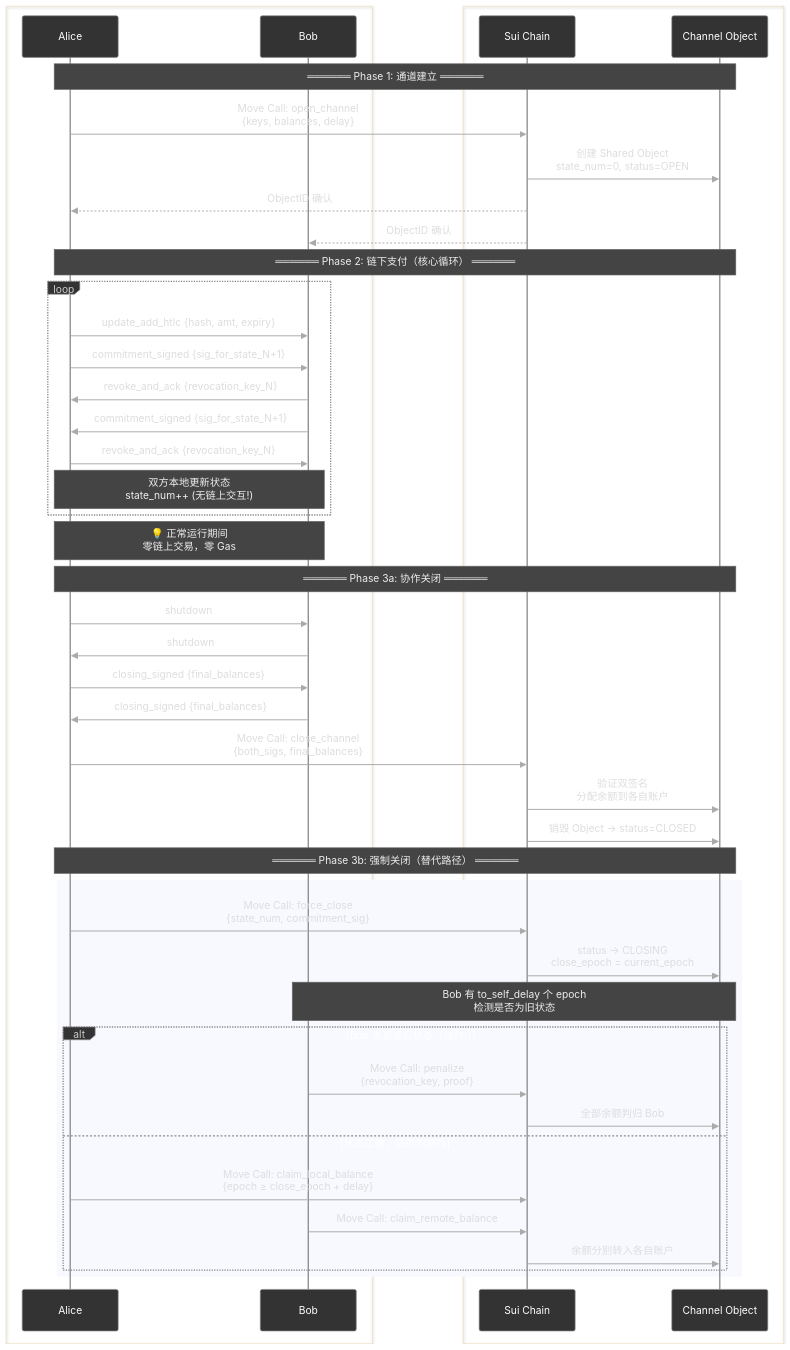
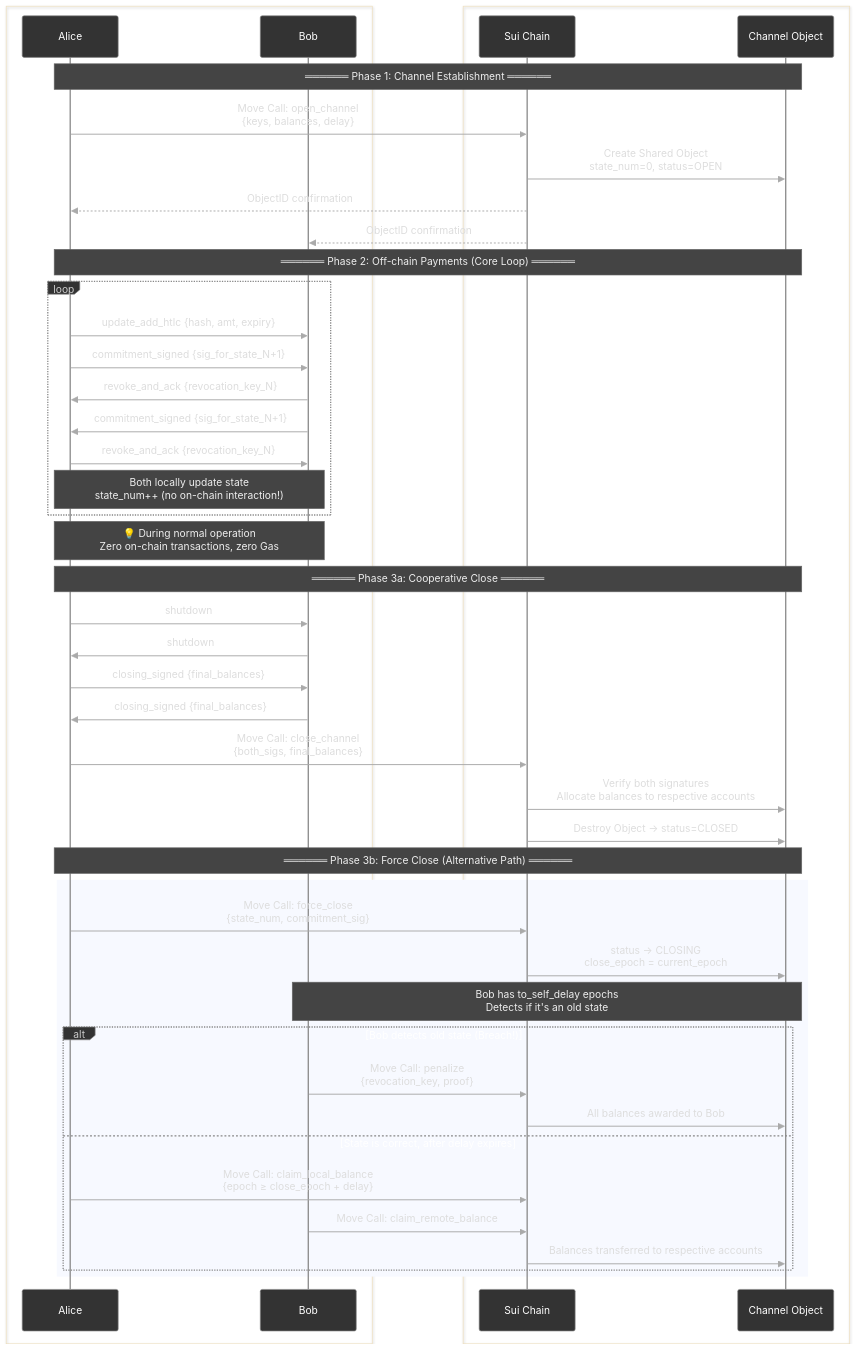
The ninth of 9 diagrams in 1-refactor-docs/sui/lnd-and-sui-integration.md (loka-network/loka-p2p-lnd), drawn with Mermaid before and after one commit. The commit also changed other lines of this file and 12 other files, not shown here.

````diff
--- a/1-refactor-docs/sui/lnd-and-sui-integration.md
+++ b/1-refactor-docs/sui/lnd-and-sui-integration.md
@@ -489,78 +489,78 @@
 ```mermaid
 %%{init: {
   'theme': 'base',
   'themeVariables': {
     'actorBorder': '#888888',
     'actorBkg': '#333333',
     'actorTextColor': '#ffffff',
     'noteBkgColor': '#444444',
     'noteBorderColor': '#666666',
     'noteTextColor': '#eeeeee',
     'signalColor': '#aaaaaa',
     'signalTextColor': '#dddddd',
     'labelTextColor': '#cccccc',
     'loopTextColor': '#ffffff',
     'activationBkgColor': '#3a3a3a',
     'fillType0': '#2a2a2a'
   }
 }}%%
 
 sequenceDiagram
-    box #2a2a2a 链下（Lightning Protocol）
+    box #2a2a2a Off-chain (Lightning Protocol)
         participant Alice
         participant Bob
     end
-    box #3a3a3a 链上（Sui DAG）
+    box #3a3a3a On-chain (Sui DAG)
         participant SuiChain as Sui Chain
         participant ChanObj as Channel Object
     end
 
-    Note over Alice, ChanObj: ══════ Phase 1: 通道建立 ══════
+    Note over Alice, ChanObj: ══════ Phase 1: Channel Establishment ══════
 
     Alice->>SuiChain: Move Call: open_channel<br/>{keys, balances, delay}
-    SuiChain->>ChanObj: 创建 Shared Object<br/>state_num=0, status=OPEN
-    SuiChain-->>Alice: ObjectID 确认
-    SuiChain-->>Bob: ObjectID 确认
+    SuiChain->>ChanObj: Create Shared Object<br/>state_num=0, status=OPEN
+    SuiChain-->>Alice: ObjectID confirmation
+    SuiChain-->>Bob: ObjectID confirmation
 
-    Note over Alice, ChanObj: ══════ Phase 2: 链下支付（核心循环） ══════
+    Note over Alice, ChanObj: ══════ Phase 2: Off-chain Payments (Core Loop) ══════
 
-    loop 每次支付/转发
+    loop Each payment/forwarding
         Alice->>Bob: update_add_htlc {hash, amt, expiry}
         Alice->>Bob: commitment_signed {sig_for_state_N+1}
         Bob->>Alice: revoke_and_ack {revocation_key_N}
         Bob->>Alice: commitment_signed {sig_for_state_N+1}
         Alice->>Bob: revoke_and_ack {revocation_key_N}
-        Note over Alice, Bob: 双方本地更新状态<br/>state_num++ (无链上交互!)
+        Note over Alice, Bob: Both locally update state<br/>state_num++ (no on-chain interaction!)
     end
 
-    Note over Alice, Bob: 💡 正常运行期间<br/>零链上交易，零 Gas
+    Note over Alice, Bob: 💡 During normal operation<br/>Zero on-chain transactions, zero Gas
 
-    Note over Alice, ChanObj: ══════ Phase 3a: 协作关闭 ══════
+    Note over Alice, ChanObj: ══════ Phase 3a: Cooperative Close ══════
 
     Alice->>Bob: shutdown
     Bob->>Alice: shutdown
     Alice->>Bob: closing_signed {final_balances}
     Bob->>Alice: closing_signed {final_balances}
 
     Alice->>SuiChain: Move Call: close_channel<br/>{both_sigs, final_balances}
-    SuiChain->>ChanObj: 验证双签名<br/>分配余额到各自账户
-    SuiChain->>ChanObj: 销毁 Object → status=CLOSED
+    SuiChain->>ChanObj: Verify both signatures<br/>Allocate balances to respective accounts
+    SuiChain->>ChanObj: Destroy Object → status=CLOSED
 
-    Note over Alice, ChanObj: ══════ Phase 3b: 强制关闭（替代路径） ══════
+    Note over Alice, ChanObj: ══════ Phase 3b: Force Close (Alternative Path) ══════
 
     rect #4a4a4a
         Alice->>SuiChain: Move Call: force_close<br/>{state_num, commitment_sig}
         SuiChain->>ChanObj: status → CLOSING<br/>close_epoch = current_epoch
 
-        Note over Bob, ChanObj: Bob 有 to_self_delay 个 epoch<br/>检测是否为旧状态
+        Note over Bob, ChanObj: Bob has to_self_delay epochs<br/>Detects if it's an old state
 
-        alt Bob 发现是旧状态（违约!）
+        alt Bob detects old state (Breach!)
             Bob->>SuiChain: Move Call: penalize<br/>{revocation_key, proof}
-            SuiChain->>ChanObj: 全部余额判归 Bob
-        else 状态正确，延迟到期后
+            SuiChain->>ChanObj: All balances awarded to Bob
+        else State is correct, after delay expires
             Alice->>SuiChain: Move Call: claim_local_balance<br/>{epoch ≥ close_epoch + delay}
             Bob->>SuiChain: Move Call: claim_remote_balance
-            SuiChain->>ChanObj: 余额分别转入各自账户
+            SuiChain->>ChanObj: Balances transferred to respective accounts
         end
     end
 ```
````
